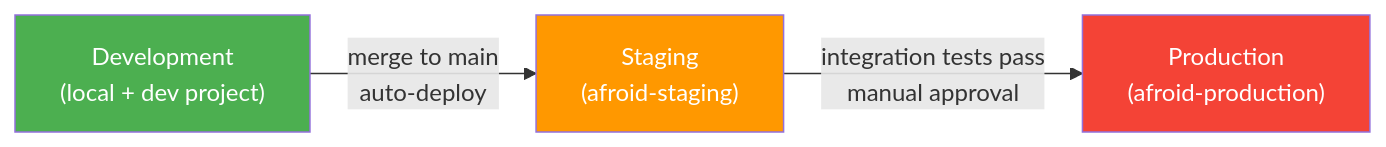
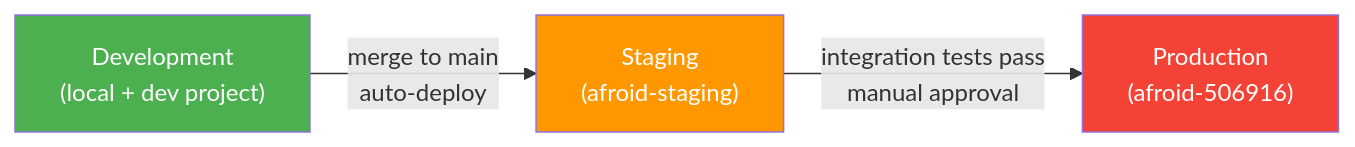
One commit to enrolconsultancy1-hue/Afroid changed the second of 2 diagrams in blueprints/11-CI-CD-PIPELINE.md. Above: the diagram before and after it, drawn with Mermaid. The commit also changed other lines of this file and 10 other files, not shown here.

Commit message:
feat: global architecture transformation, project id migration to afroid-506916, and uv dependency-groups migration

````diff
--- a/blueprints/11-CI-CD-PIPELINE.md
+++ b/blueprints/11-CI-CD-PIPELINE.md
@@ -543,13 +543,13 @@
 ```mermaid
 graph LR
     DEV["Development<br/>(local + dev project)"]
     STG["Staging<br/>(afroid-staging)"]
-    PROD["Production<br/>(afroid-production)"]
+    PROD["Production<br/>(afroid-506916)"]
 
     DEV -->|"merge to main<br/>auto-deploy"| STG
     STG -->|"integration tests pass<br/>manual approval"| PROD
 
     style DEV fill:#4CAF50,color:#fff
     style STG fill:#FF9800,color:#fff
     style PROD fill:#f44336,color:#fff
 ```
````
